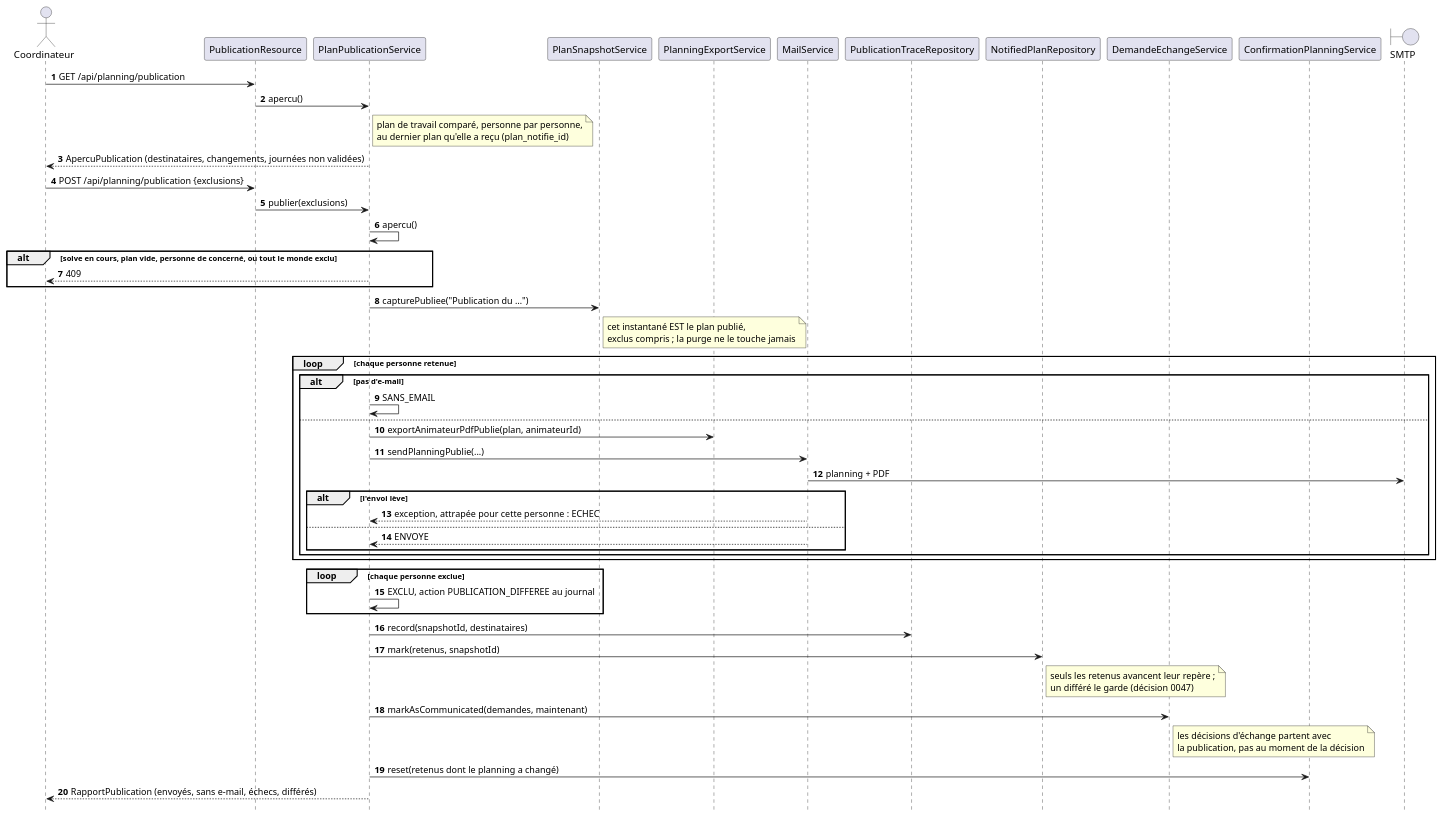
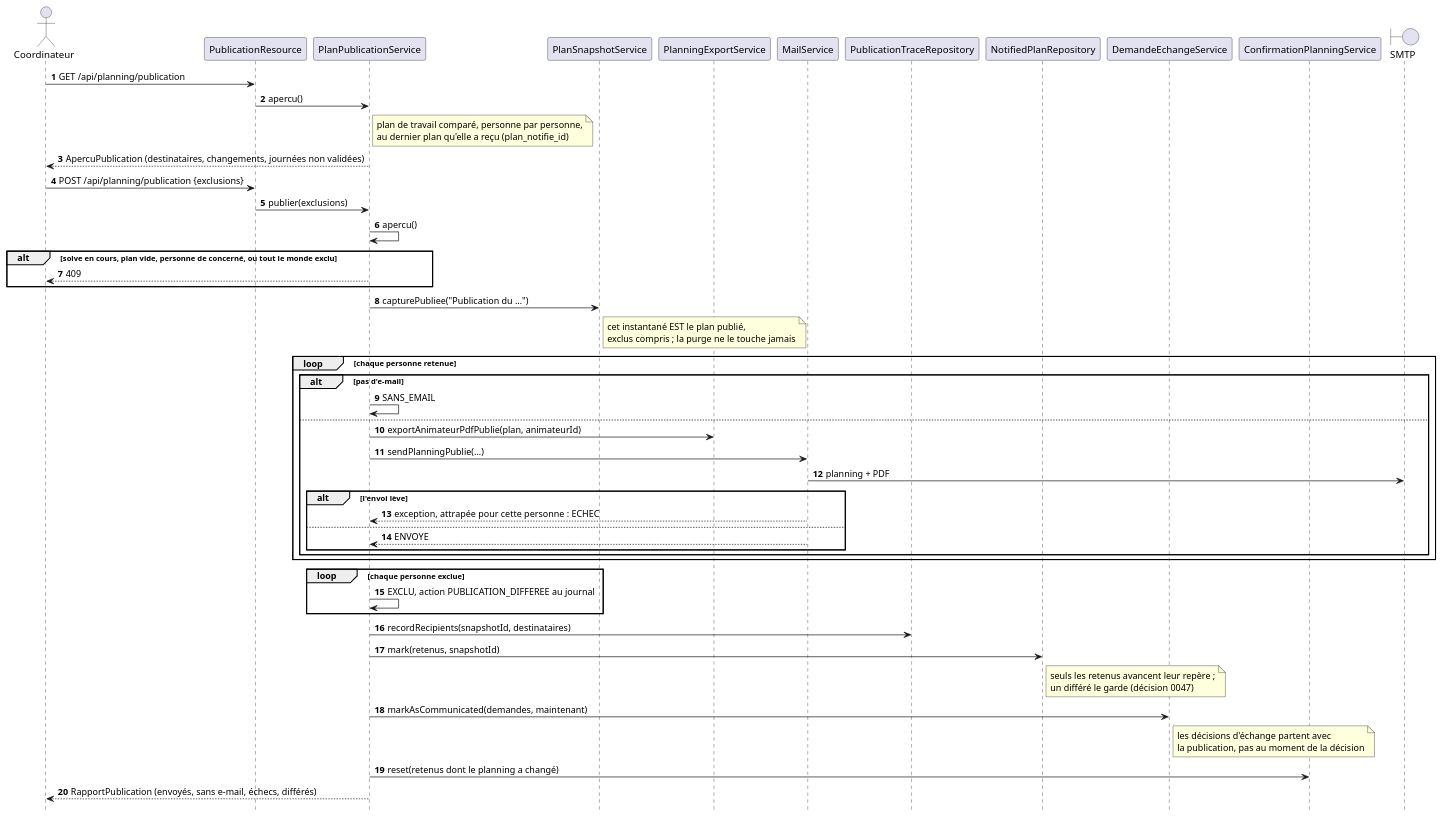
Before and after one commit to sylvainmetayer/planning-equipes: the diagram in docs/diagrammes/publication.puml, drawn with PlantUML. The commit also changed 95 other files, not shown here.

```diff
--- a/docs/diagrammes/publication.puml
+++ b/docs/diagrammes/publication.puml
@@ -1,61 +1,61 @@
 @startuml
 ' Publier : l'aperçu ne fait rien partir ; la publication photographie le plan
 ' pour tout le monde, puis écrit à chaque personne retenue. Un envoi qui échoue
 ' est compté, pas rejoué, et n'arrête pas les autres. Une personne différée
 ' garde son ancien repère : la prochaine publication lui dira tout.
 ' Voir docs/api.md, « Publication », et docs/decisions/0011, 0025, 0047.
 skinparam backgroundColor #FFFFFF
 skinparam responseMessageBelowArrow true
 hide footbox
 autonumber
 
 actor "Coordinateur" as admin
 participant PublicationResource as resource
 participant PlanPublicationService as publication
 participant PlanSnapshotService as snapshots
 participant PlanningExportService as exports
 participant MailService as mails
 participant PublicationTraceRepository as traces
 participant NotifiedPlanRepository as reperes
 participant DemandeEchangeService as echanges
 participant ConfirmationPlanningService as confirmations
 boundary "SMTP" as smtp
 
 admin -> resource : GET /api/planning/publication
 resource -> publication : apercu()
 note right of publication : plan de travail comparé, personne par personne,\nau dernier plan qu'elle a reçu (plan_notifie_id)
 publication --> admin : ApercuPublication (destinataires, changements, journées non validées)
 
 admin -> resource : POST /api/planning/publication {exclusions}
 resource -> publication : publier(exclusions)
 publication -> publication : apercu()
 alt solve en cours, plan vide, personne de concerné, ou tout le monde exclu
   publication --> admin : 409
 end
 publication -> snapshots : capturePubliee("Publication du …")
 note right of snapshots : cet instantané EST le plan publié,\nexclus compris ; la purge ne le touche jamais
 loop chaque personne retenue
   alt pas d'e-mail
     publication -> publication : SANS_EMAIL
   else
     publication -> exports : exportAnimateurPdfPublie(plan, animateurId)
     publication -> mails : sendPlanningPublie(...)
     mails -> smtp : planning + PDF
     alt l'envoi lève
       mails --> publication : exception, attrapée pour cette personne : ECHEC
     else
       mails --> publication : ENVOYE
     end
   end
 end
 loop chaque personne exclue
   publication -> publication : EXCLU, action PUBLICATION_DIFFEREE au journal
 end
-publication -> traces : record(snapshotId, destinataires)
+publication -> traces : recordRecipients(snapshotId, destinataires)
 publication -> reperes : mark(retenus, snapshotId)
 note right of reperes : seuls les retenus avancent leur repère ;\nun différé le garde (décision 0047)
 publication -> echanges : markAsCommunicated(demandes, maintenant)
 note right of echanges : les décisions d'échange partent avec\nla publication, pas au moment de la décision
 publication -> confirmations : reset(retenus dont le planning a changé)
 publication --> admin : RapportPublication (envoyés, sans e-mail, échecs, différés)
 @enduml
```
